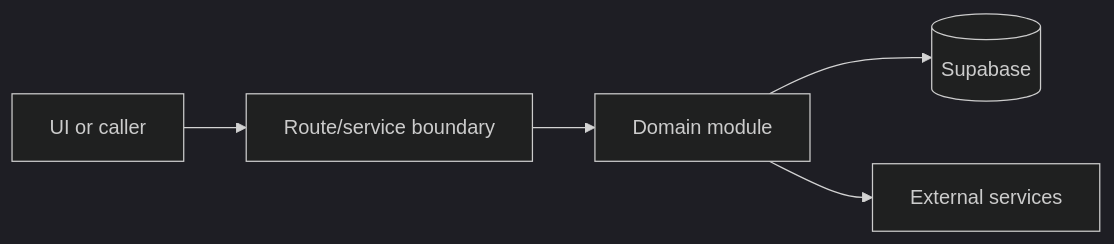
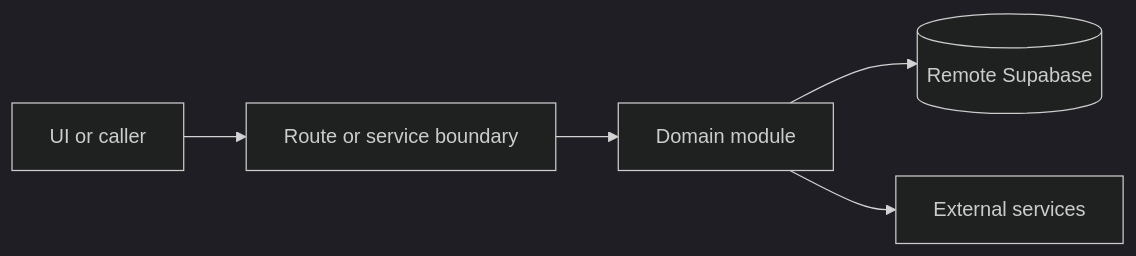
The diagram in droid-wiki/api/ops-api.md (lapeninns/naba-table), drawn with Mermaid (dark theme) before and after one commit. The commit also changed other lines of this file and 59 other files, not shown here.

````diff
--- a/droid-wiki/api/ops-api.md
+++ b/droid-wiki/api/ops-api.md
@@ -27,7 +30,7 @@
 ```mermaid
 graph LR
-  UI[UI or caller] --> Route[Route/service boundary]
+  Caller[UI or caller] --> Route[Route or service boundary]
   Route --> Domain[Domain module]
-  Domain --> DB[(Supabase)]
+  Domain --> DB[(Remote Supabase)]
   Domain --> External[External services]
 ```
````
